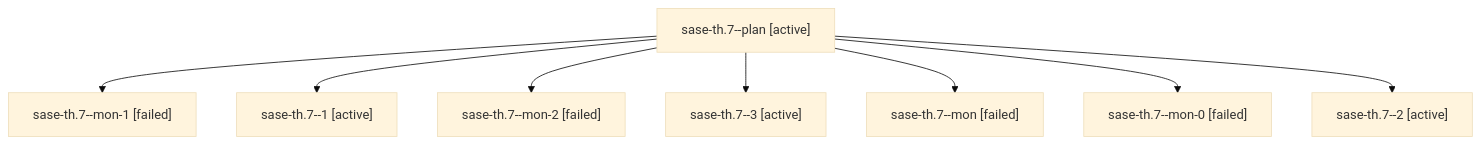
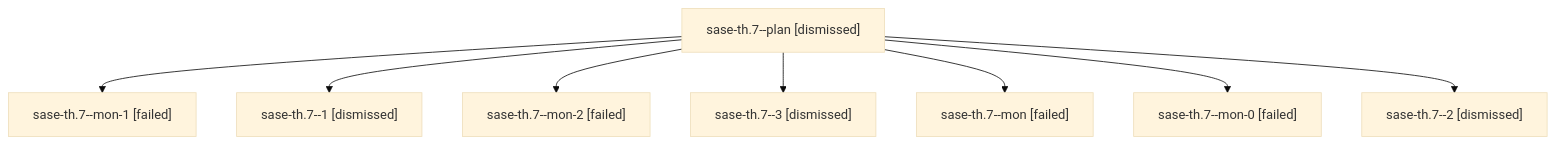
The diagram in sessions/bbugyi200.athena.sase-th.7.md (sase-org/sase--agents), drawn with Mermaid (base theme) before and after one commit. The commit also changed other lines of this file and 148 other files, not shown here.

````diff
--- a/sessions/bbugyi200.athena.sase-th.7.md
+++ b/sessions/bbugyi200.athena.sase-th.7.md
@@ -9,18 +9,18 @@
 ```mermaid
 flowchart TD
-  n0["sase-th.7--plan [active]"]
+  n0["sase-th.7--plan [dismissed]"]
   n1["sase-th.7--mon-1 [failed]"]
   n0 --> n1
-  n2["sase-th.7--1 [active]"]
+  n2["sase-th.7--1 [dismissed]"]
   n0 --> n2
   n3["sase-th.7--mon-2 [failed]"]
   n0 --> n3
-  n4["sase-th.7--3 [active]"]
+  n4["sase-th.7--3 [dismissed]"]
   n0 --> n4
   n5["sase-th.7--mon [failed]"]
   n0 --> n5
   n6["sase-th.7--mon-0 [failed]"]
   n0 --> n6
-  n7["sase-th.7--2 [active]"]
+  n7["sase-th.7--2 [dismissed]"]
   n0 --> n7
 ```
````
